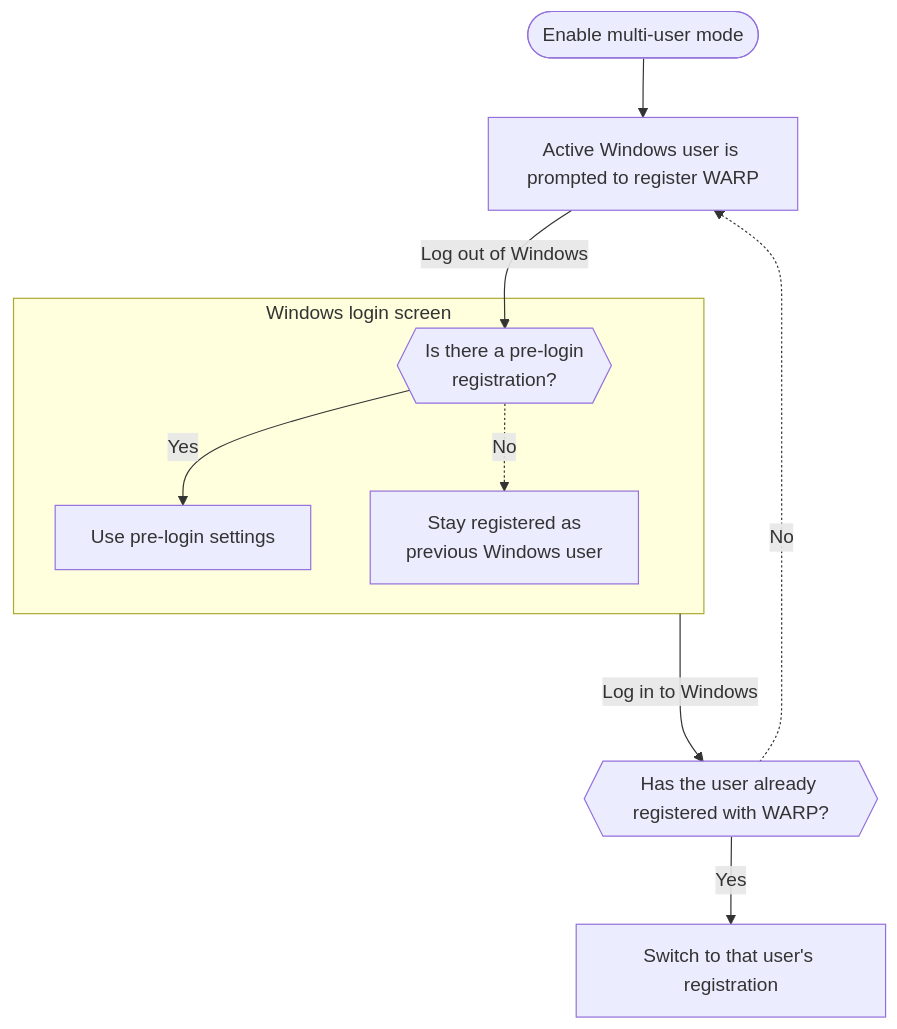
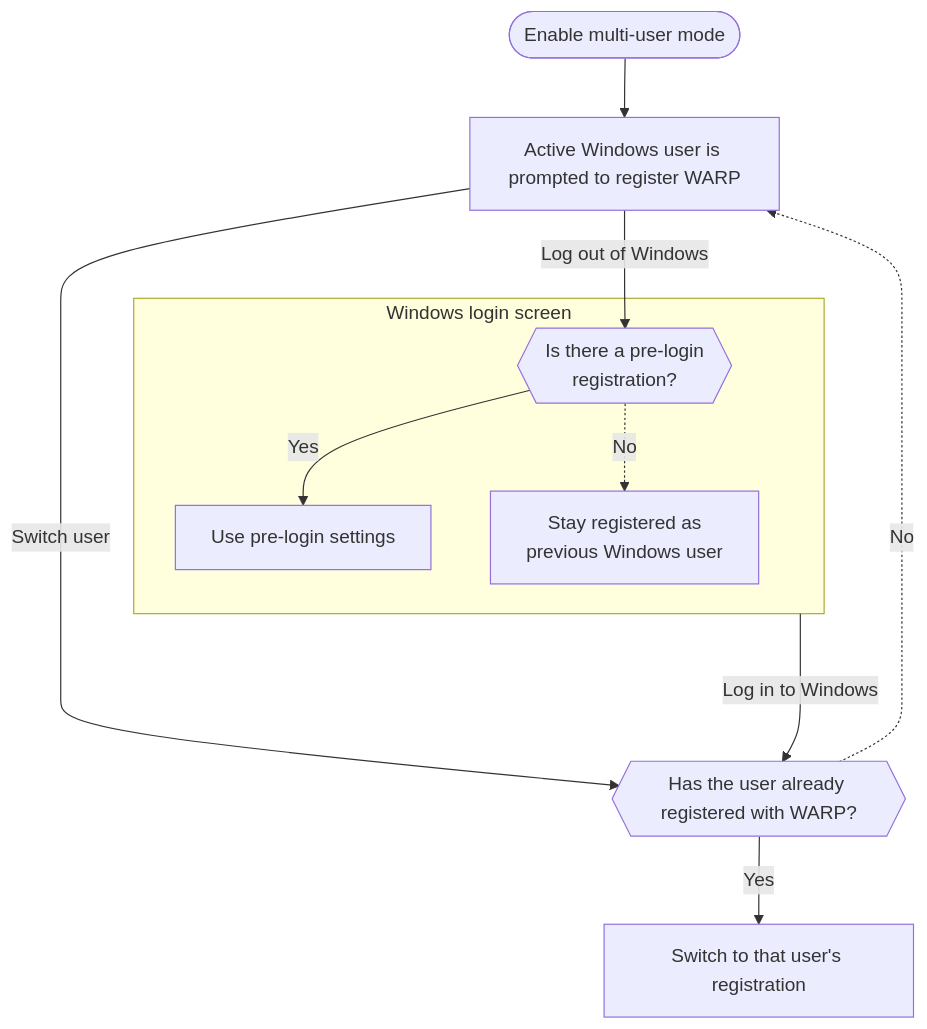
One commit to rdhanarot/cloudflare-docs changed the diagram in src/content/docs/cloudflare-one/connections/connect-devices/warp/deployment/mdm-deployment/windows-multiuser.mdx. Above: the diagram before and after it, drawn with Mermaid. The commit also changed other lines of this file, not shown here.

First line of the commit message:
[ZT] Multi-user updates (#21153)

````diff
--- a/src/content/docs/cloudflare-one/connections/connect-devices/warp/deployment/mdm-deployment/windows-multiuser.mdx
+++ b/src/content/docs/cloudflare-one/connections/connect-devices/warp/deployment/mdm-deployment/windows-multiuser.mdx
@@ -99,17 +99,18 @@
 ```mermaid
 flowchart TB
     start(["Enable multi-user mode"])-->reg["Active Windows user is prompted to register WARP"]
 		reg--"Log out of Windows"-->prelogin
+		reg--"Switch user"-->regexists
 
     subgraph preloginbehavior["Windows login screen"]
 		prelogin{{"Is there a pre-login <br />registration?"}}
     preloginyes["Use pre-login settings"]
 		prelogin--"Yes"-->preloginyes
 		prelogin-. "No" .->preloginno
 		preloginno["Stay registered as <br />previous Windows user"]
 		end
 
 		preloginbehavior--"Log in to Windows"---->regexists{{"Has the user already registered with WARP?"}}
 		regexists--"Yes"-->user["Switch to that user's registration"]
 		regexists-. "No" .->reg
 ```
````
